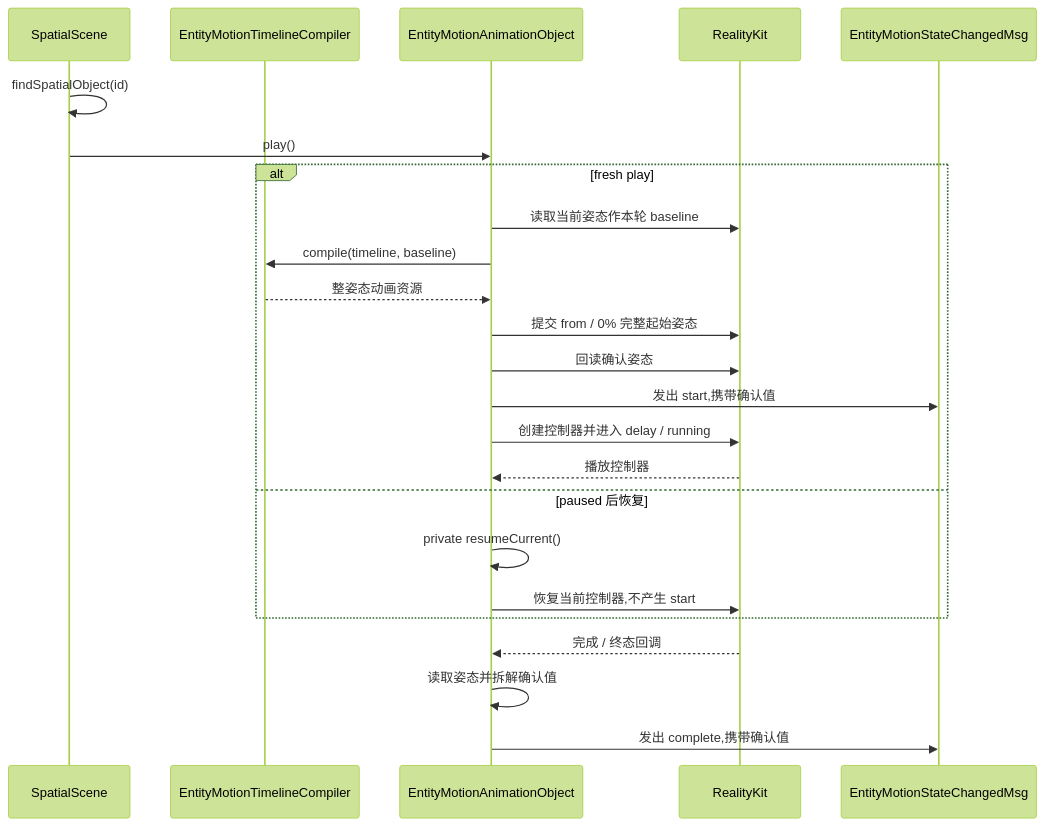
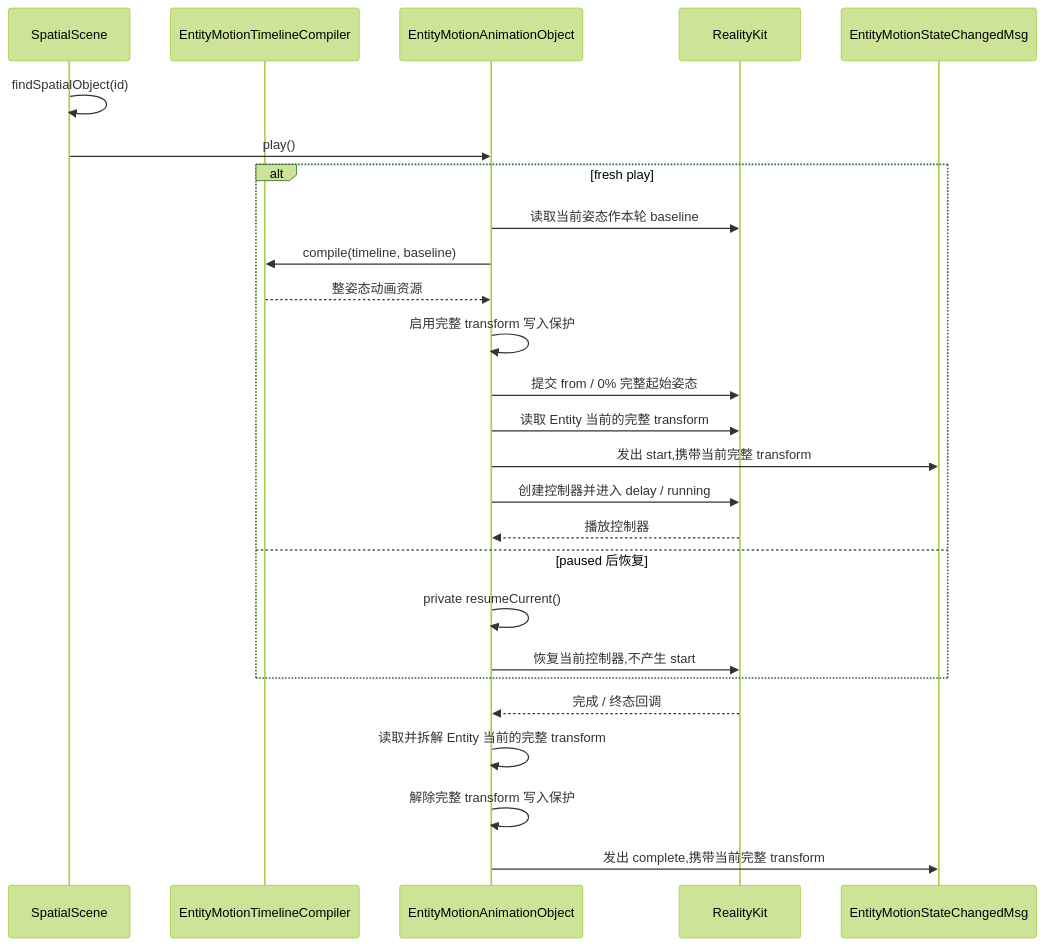
Before and after one commit to webspatial/webspatial-sdk: diagram 11 of 14 in openspec/changes/redesign-entity-motion-api/design.zh.md, drawn with Mermaid (forest theme). The commit also changed other lines of this file and 7 other files, not shown here.

Commit message:
docs(openspec): clarify entity transform write protection and handoff

````diff
--- a/openspec/changes/redesign-entity-motion-api/design.zh.md
+++ b/openspec/changes/redesign-entity-motion-api/design.zh.md
@@ -1230,27 +1230,29 @@
 ```mermaid
 sequenceDiagram
     participant Scene as SpatialScene
     participant Compiler as EntityMotionTimelineCompiler
     participant Obj as EntityMotionAnimationObject
     participant RK as RealityKit
     participant Event as EntityMotionStateChangedMsg
 
     Scene->>Scene: findSpatialObject(id)
     Scene->>Obj: play()
     alt fresh play
         Obj->>RK: 读取当前姿态作本轮 baseline
         Obj->>Compiler: compile(timeline, baseline)
         Compiler-->>Obj: 整姿态动画资源
+        Obj->>Obj: 启用完整 transform 写入保护
         Obj->>RK: 提交 from / 0% 完整起始姿态
-        Obj->>RK: 回读确认姿态
-        Obj->>Event: 发出 start,携带确认值
+        Obj->>RK: 读取 Entity 当前的完整 transform
+        Obj->>Event: 发出 start,携带当前完整 transform
         Obj->>RK: 创建控制器并进入 delay / running
         RK-->>Obj: 播放控制器
     else paused 后恢复
         Obj->>Obj: private resumeCurrent()
         Obj->>RK: 恢复当前控制器,不产生 start
     end
     RK-->>Obj: 完成 / 终态回调
-    Obj->>Obj: 读取姿态并拆解确认值
-    Obj->>Event: 发出 complete,携带确认值
+    Obj->>Obj: 读取并拆解 Entity 当前的完整 transform
+    Obj->>Obj: 解除完整 transform 写入保护
+    Obj->>Event: 发出 complete,携带当前完整 transform
 ```
````
